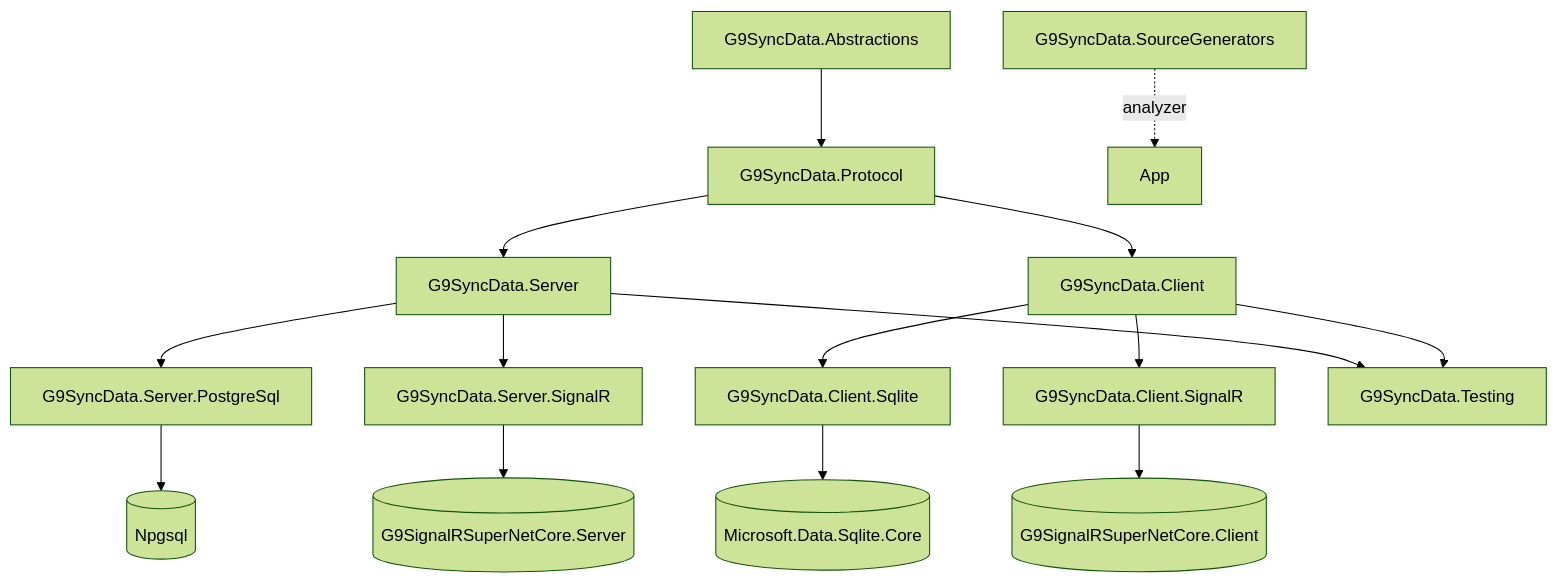
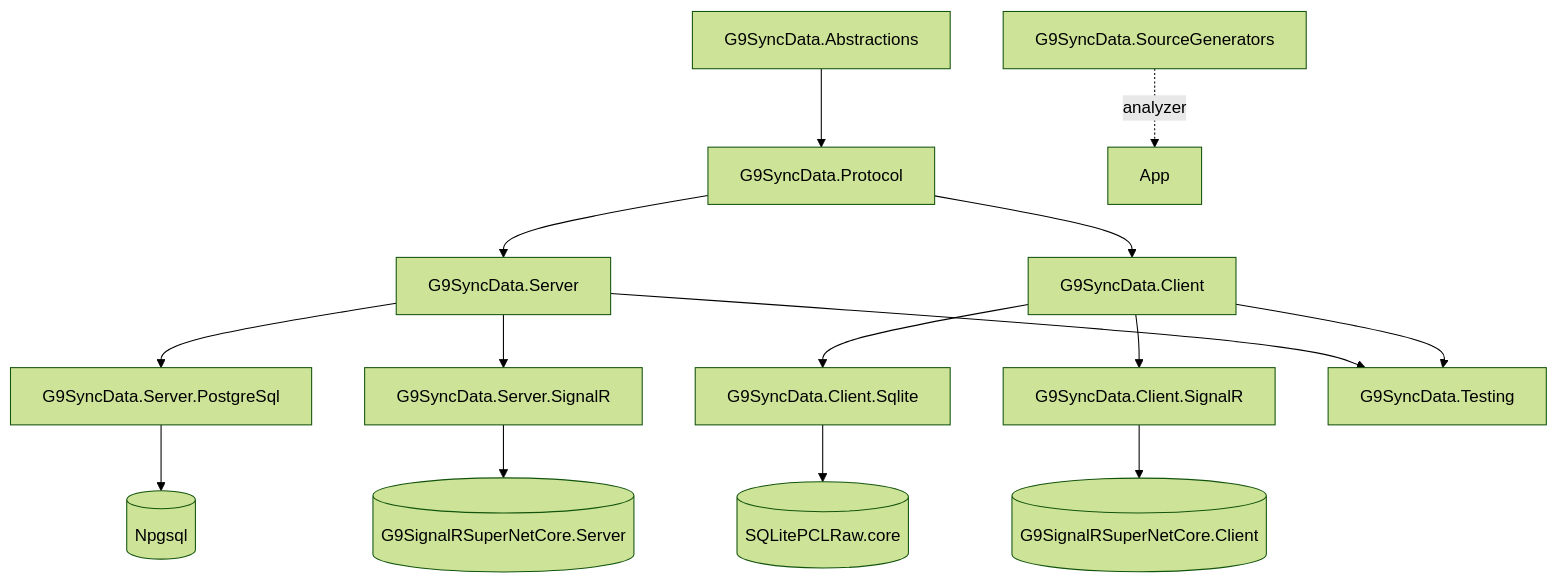
One commit to ImanKari/G9SyncData changed the first of 2 diagrams in AiGuides/02-Architecture.md. Above: the diagram before and after it, drawn with Mermaid (forest theme). The commit also changed other lines of this file and 181 other files, not shown here.

First line of the commit message:
G9SyncData v2: EF Core model and scopes, WAL capture, CVR-style reconciliation, Android suite, MessagePack, frame layout 2

````diff
--- a/AiGuides/02-Architecture.md
+++ b/AiGuides/02-Architecture.md
@@ -5,17 +5,17 @@
 ```mermaid
 graph TD
     ABS[G9SyncData.Abstractions] --> PROTO[G9SyncData.Protocol]
     PROTO --> SRV[G9SyncData.Server]
     SRV --> PG[G9SyncData.Server.PostgreSql]
     SRV --> SRVSR[G9SyncData.Server.SignalR]
     PROTO --> CLI[G9SyncData.Client]
     CLI --> SQL[G9SyncData.Client.Sqlite]
     CLI --> CLISR[G9SyncData.Client.SignalR]
     SRV --> TEST[G9SyncData.Testing]
     CLI --> TEST
     GEN[G9SyncData.SourceGenerators] -. analyzer .-> APP[App]
     PG --> NPG[(Npgsql)]
-    SQL --> MDS[(Microsoft.Data.Sqlite.Core)]
+    SQL --> MDS[(SQLitePCLRaw.core)]
     SRVSR --> G9S[(G9SignalRSuperNetCore.Server)]
     CLISR --> G9C[(G9SignalRSuperNetCore.Client)]
 ```
````
